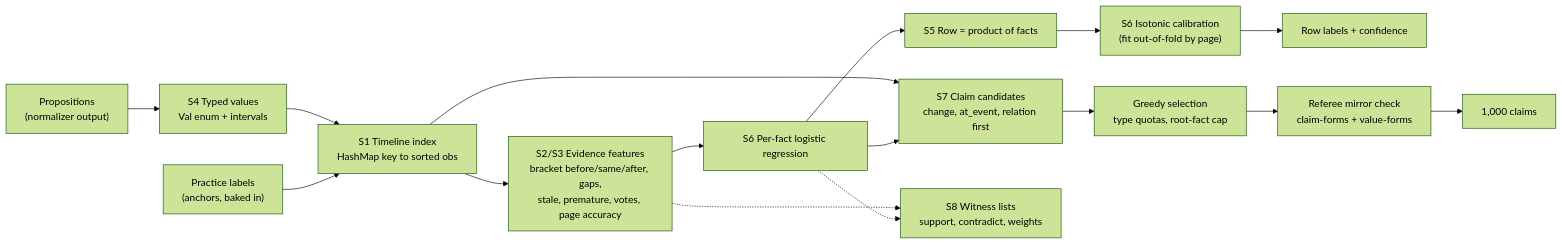
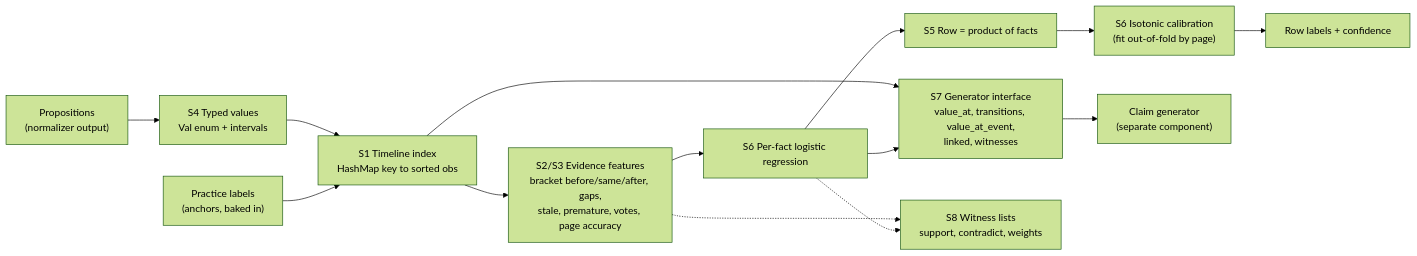
Before and after one commit to QA-DNA/hype-arena-starter: the diagram in docs/research/atlas/summary.md, drawn with Mermaid (forest theme). The commit also changed other lines of this file and 8 other files, not shown here.

````diff
--- a/docs/research/atlas/summary.md
+++ b/docs/research/atlas/summary.md
@@ -82,18 +82,16 @@
 ```mermaid
 flowchart LR
     P["Propositions<br/>(normalizer output)"] --> V["S4 Typed values<br/>Val enum + intervals"]
     V --> T["S1 Timeline index<br/>HashMap key to sorted obs"]
     L["Practice labels<br/>(anchors, baked in)"] --> T
     T --> F["S2/S3 Evidence features<br/>bracket before/same/after, gaps,<br/>stale, premature, votes, page accuracy"]
     F --> M["S6 Per-fact logistic regression"]
     M --> R["S5 Row = product of facts"]
     R --> C["S6 Isotonic calibration<br/>(fit out-of-fold by page)"]
     C --> O["Row labels + confidence"]
-    T --> G["S7 Claim candidates<br/>change, at_event, relation first"]
-    M --> G
-    G --> S["Greedy selection<br/>type quotas, root-fact cap"]
-    S --> K["Referee mirror check<br/>claim-forms + value-forms"]
-    K --> O2["1,000 claims"]
+    T --> Q["S7 Generator interface<br/>value_at, transitions, value_at_event,<br/>linked, witnesses"]
+    M --> Q
+    Q --> O2["Claim generator<br/>(separate component)"]
     F -.-> X["S8 Witness lists<br/>support, contradict, weights"]
     M -.-> X
 ```
````
